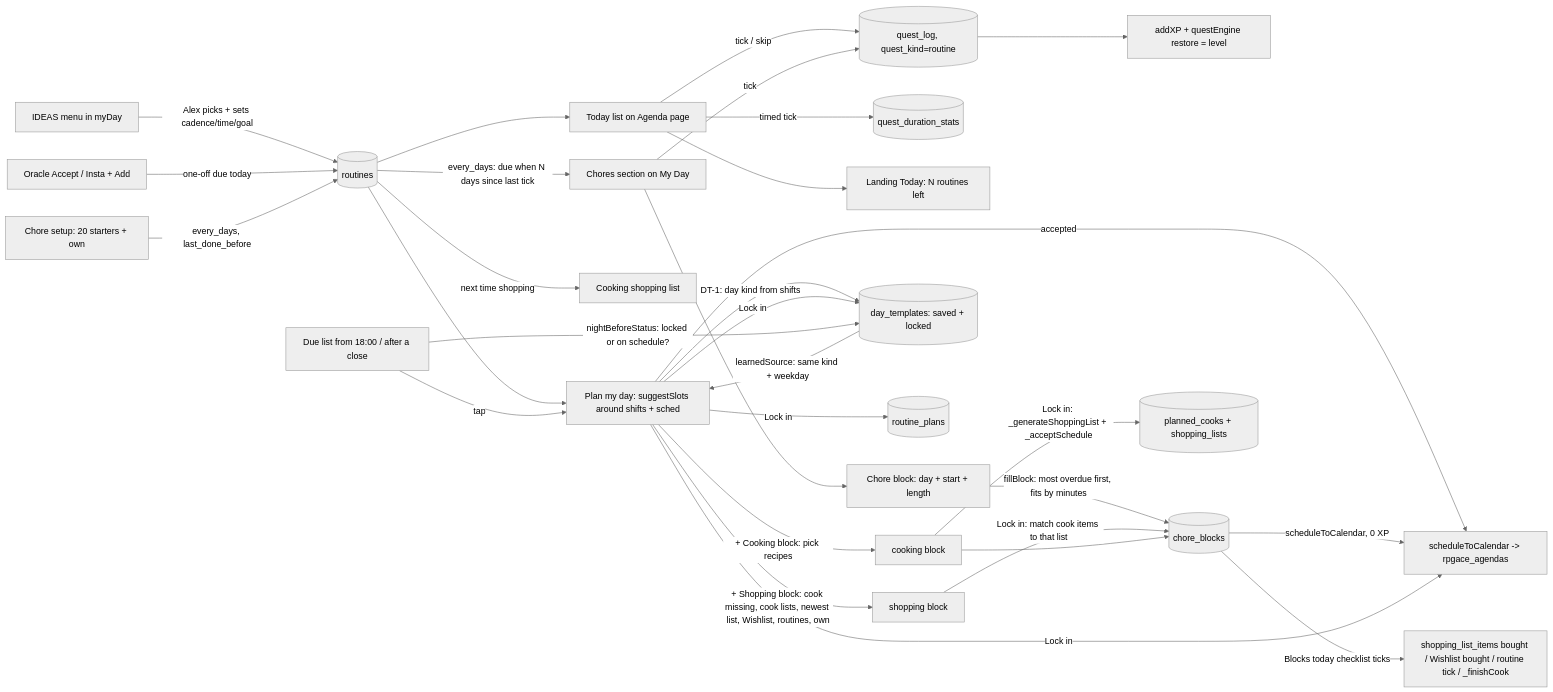
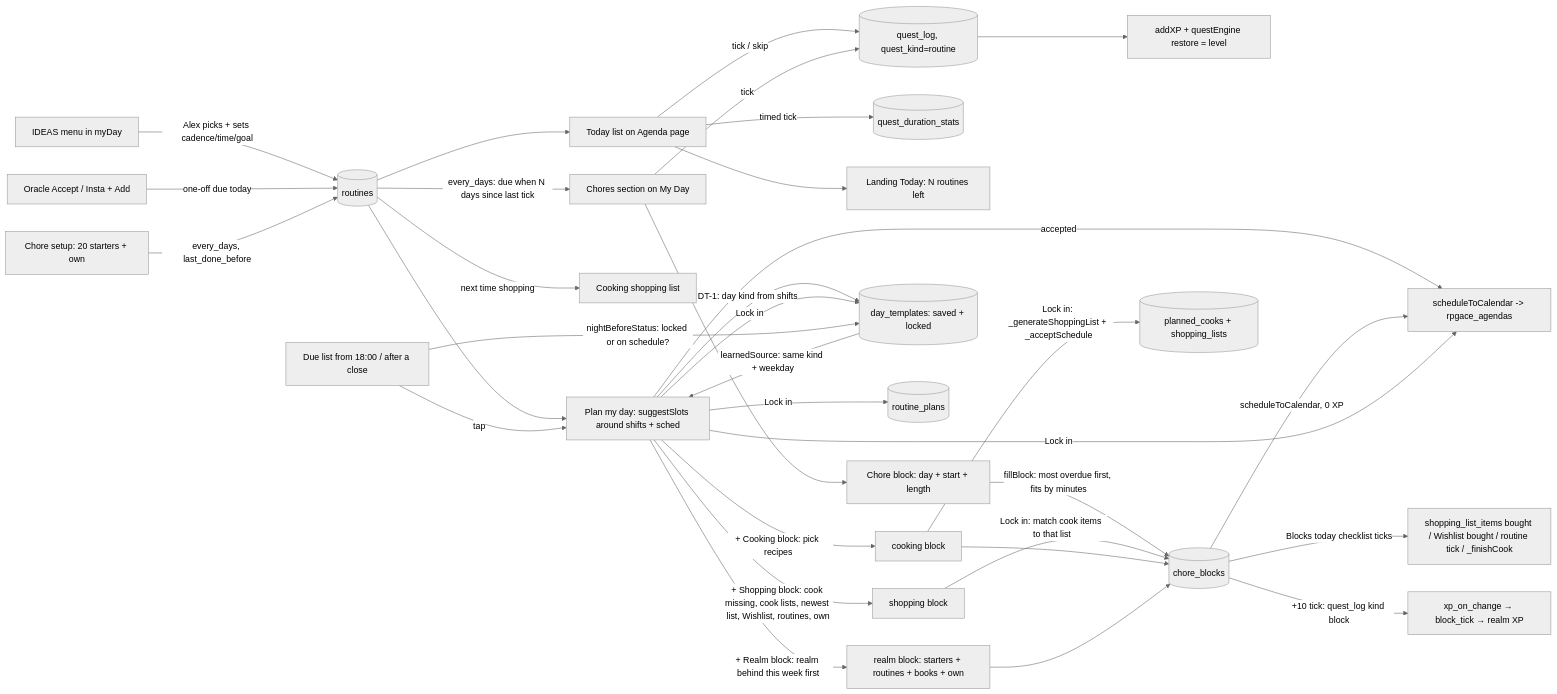
Diagram 16 of 19 in system_flow_map.md (acesanyabeats-web/RPGACE), drawn with Mermaid (neutral theme) before and after one commit. The commit also changed 14 other files, not shown here.

First line of the commit message:
Realm blocks: a block for any of the 13 realms (DT-7)

````diff
--- a/system_flow_map.md
+++ b/system_flow_map.md
@@ -654,32 +654,35 @@
 ```mermaid
 flowchart LR
   I[IDEAS menu in myDay] -->|Alex picks + sets cadence/time/goal| R[(routines)]
   R --> T[Today list on Agenda page]
   T -->|tick / skip| Q[(quest_log, quest_kind=routine)]
   Q --> X[addXP + questEngine restore = level]
   T -->|timed tick| D[(quest_duration_stats)]
   R --> P[Plan my day: suggestSlots around shifts + sched]
   P -->|accepted| S[scheduleToCalendar -> rpgace_agendas]
   O[Oracle Accept / Insta + Add] -->|one-off due today| R
   R -->|next time shopping| C[Cooking shopping list]
   T --> G[Landing Today: N routines left]
   CH[Chore setup: 20 starters + own] -->|every_days, last_done_before| R
   R -->|every_days: due when N days since last tick| CS[Chores section on My Day]
   CS -->|tick| Q
   CS --> CB[Chore block: day + start + length]
   CB -->|fillBlock: most overdue first, fits by minutes| CBT[(chore_blocks)]
   CBT -->|scheduleToCalendar, 0 XP| S
   P -->|DT-1: day kind from shifts| DT[(day_templates: saved + locked)]
   DT -->|learnedSource: same kind + weekday| P
   P -->|Lock in| S
   P -->|Lock in| RP[(routine_plans)]
   P -->|Lock in| DT
   NB[Due list from 18:00 / after a close] -->|nightBeforeStatus: locked or on schedule?| DT
   NB -->|tap| P
   P -->|+ Cooking block: pick recipes| CKB[cooking block]
   P -->|+ Shopping block: cook missing, cook lists, newest list, Wishlist, routines, own| SHB[shopping block]
   CKB -->|Lock in: _generateShoppingList + _acceptSchedule| PC[(planned_cooks + shopping_lists)]
   SHB -->|Lock in: match cook items to that list| CBT
   CKB --> CBT
   CBT -->|Blocks today checklist ticks| TK[shopping_list_items bought / Wishlist bought / routine tick / _finishCook]
+  P -->|+ Realm block: realm behind this week first| RB[realm block: starters + routines + books + own]
+  RB --> CBT
+  CBT -->|+10 tick: quest_log kind block| XPB[xp_on_change → block_tick → realm XP]
 ```
````
